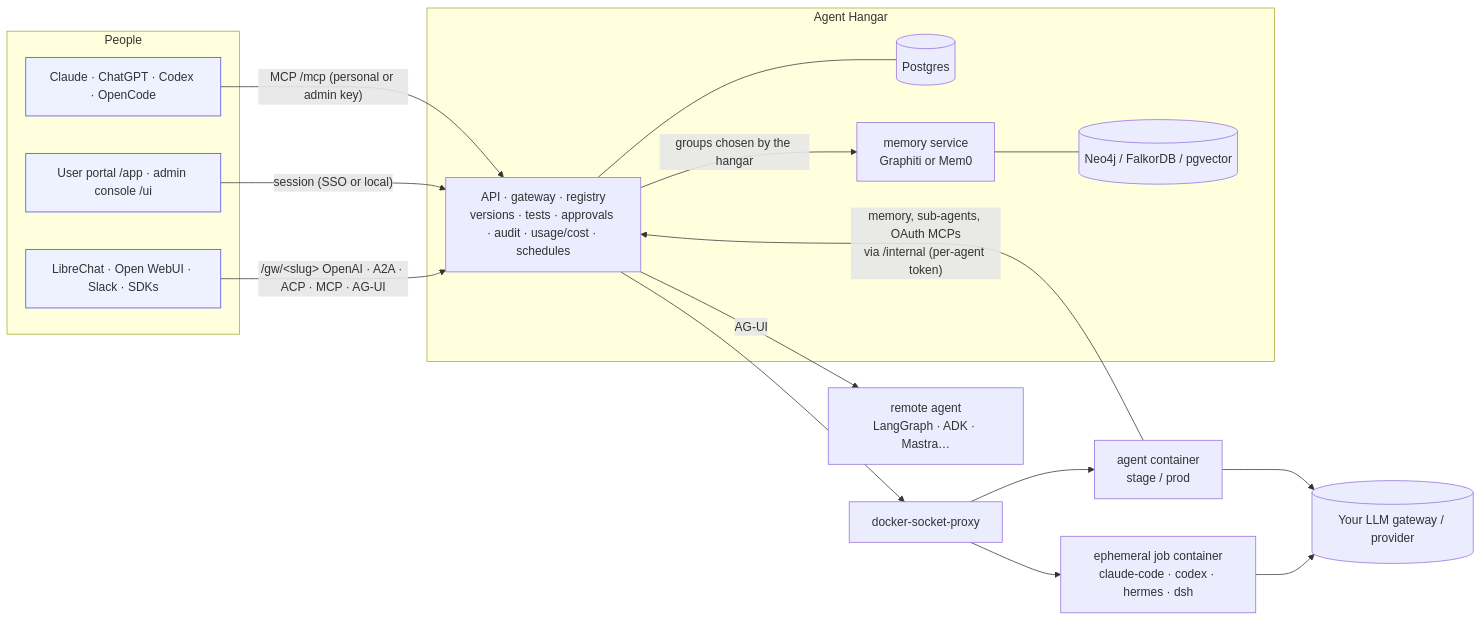
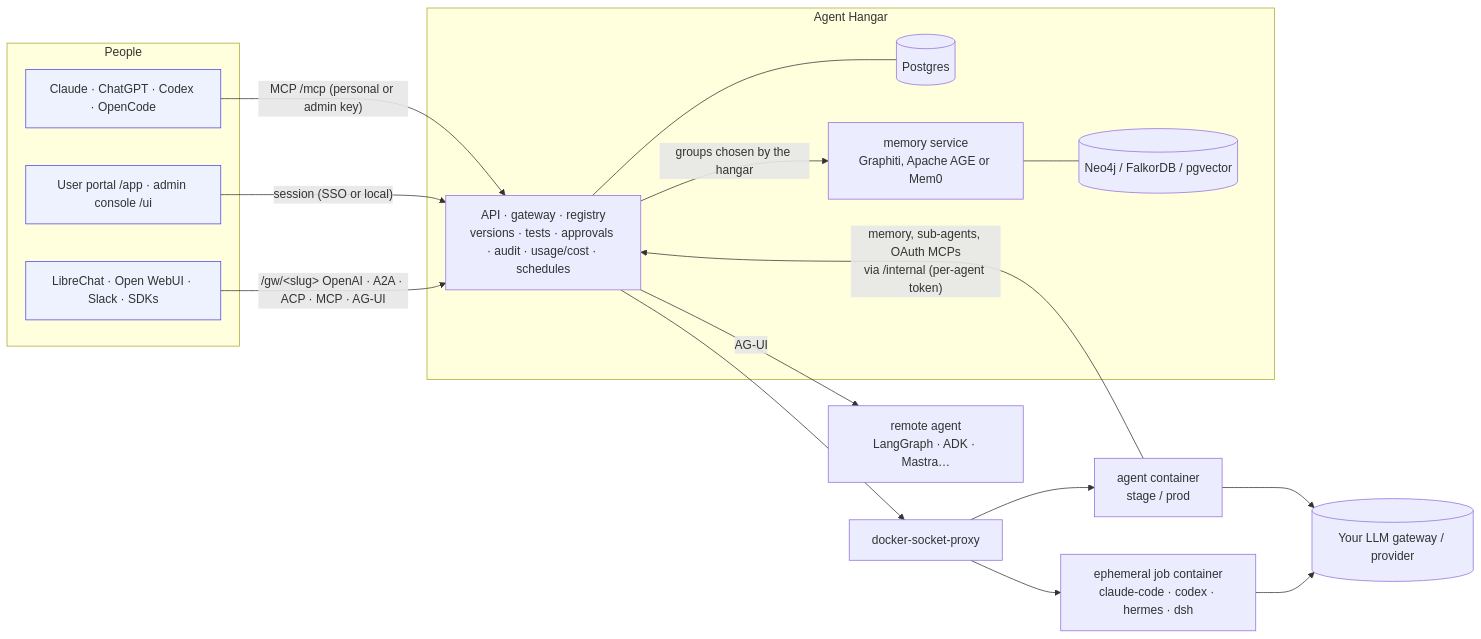
Before and after one commit to valteresj2/agent-hangar: the diagram in README.md, drawn with Mermaid. The commit also changed other lines of this file and 36 other files, not shown here.

First line of the commit message:
Release 0.58.0: agent memory as a graph on PostgreSQL with Apache AGE

````diff
--- a/README.md
+++ b/README.md
@@ -479,26 +481,26 @@
 ```mermaid
 flowchart LR
   subgraph People
     B[Claude · ChatGPT · Codex · OpenCode]:::c
     U[User portal /app · admin console /ui]:::c
     T[LibreChat · Open WebUI · Slack · SDKs]:::c
   end
   B -- "MCP /mcp (personal or admin key)" --> H
   U -- "session (SSO or local)" --> H
   T -- "/gw/&lt;slug&gt; OpenAI · A2A · ACP · MCP · AG-UI" --> H
   subgraph Hangar[Agent Hangar]
     H[API · gateway · registry<br/>versions · tests · approvals · audit · usage/cost · schedules]
     DB[(Postgres)]
-    M[memory service<br/>Graphiti or Mem0]
+    M[memory service<br/>Graphiti, Apache AGE or Mem0]
     G[(Neo4j / FalkorDB / pgvector)]
     H --- DB
     H -- "groups chosen by the hangar" --> M --- G
   end
   H --> P[docker-socket-proxy]
   P --> A1[agent container<br/>stage / prod]
   P --> J[ephemeral job container<br/>claude-code · codex · hermes · dsh]
   A1 -- "memory, sub-agents, OAuth MCPs<br/>via /internal (per-agent token)" --> H
   A1 & J --> L[(Your LLM gateway / provider)]
   H -- "AG-UI" --> R[remote agent<br/>LangGraph · ADK · Mastra…]
   classDef c fill:#eef2ff,stroke:#4f46e5
 ```
````
